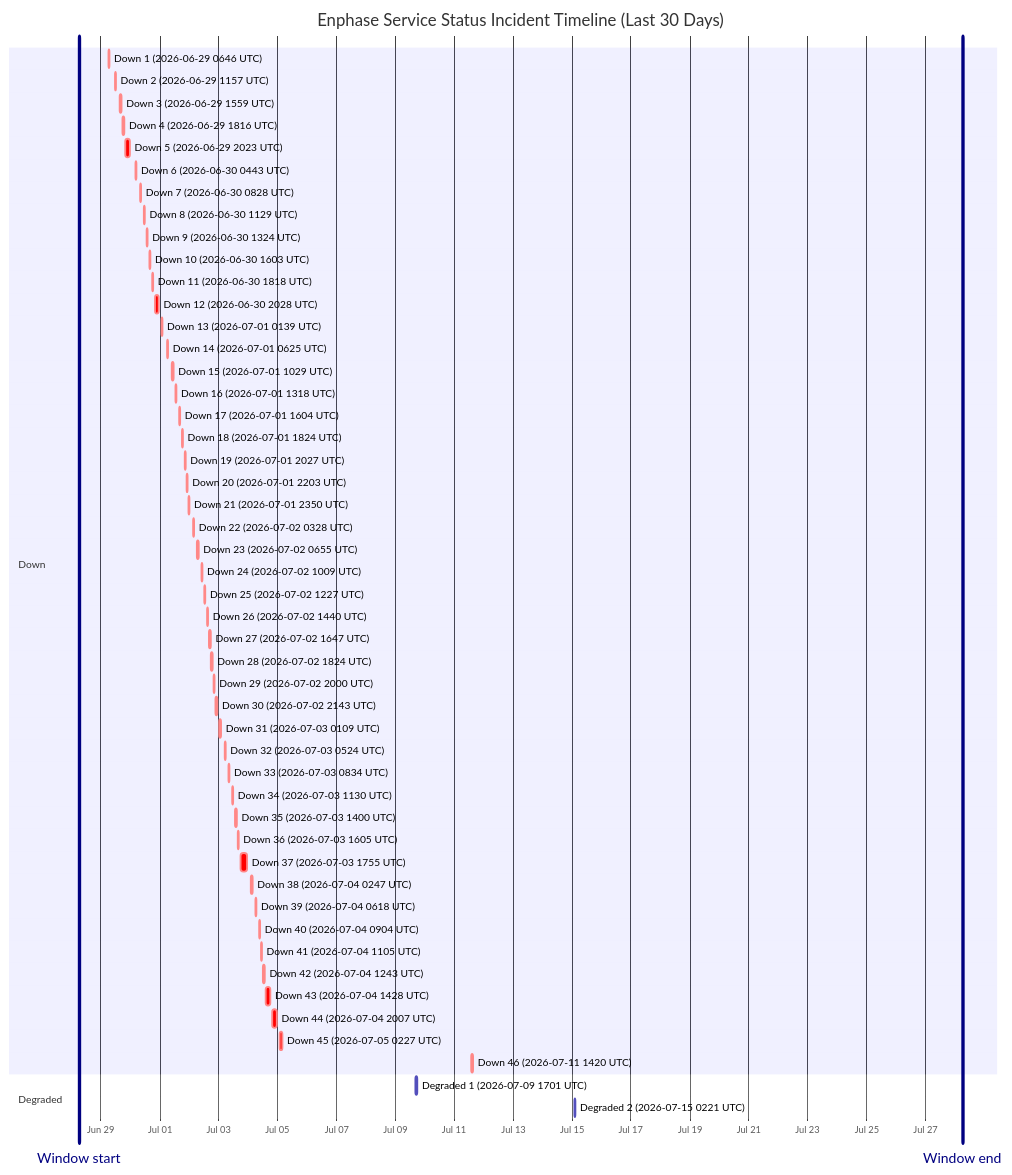
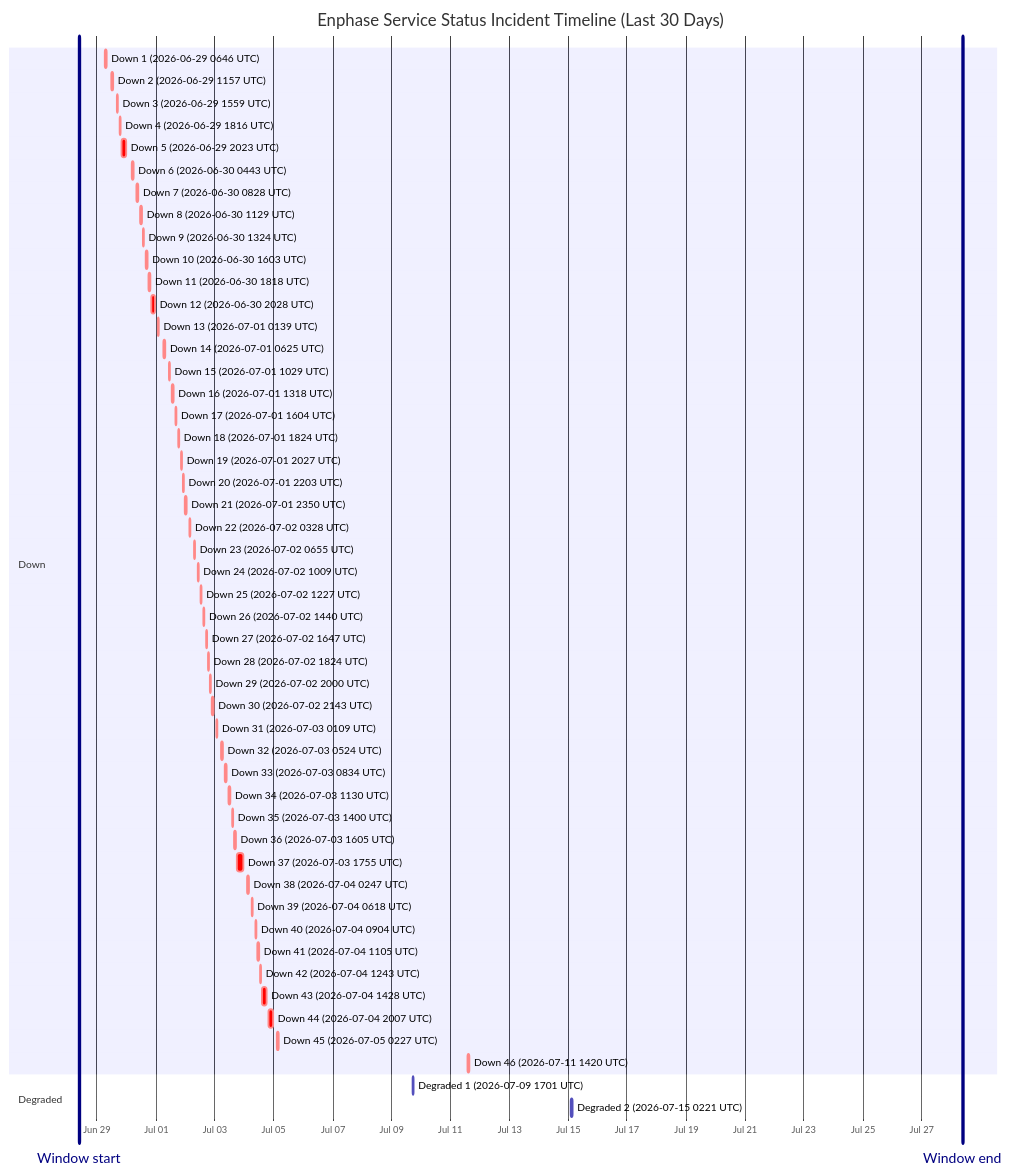
One commit to barneyonline/ha-enphase-energy changed the diagram in wiki/Service-Status-History.md. Above: the diagram before and after it, drawn with Mermaid. The commit also changed other lines of this file and 3 other files, not shown here.

````diff
--- a/wiki/Service-Status-History.md
+++ b/wiki/Service-Status-History.md
@@ -14,58 +14,58 @@
 ```mermaid
 gantt
     title Enphase Service Status Incident Timeline (Last 30 Days)
     dateFormat  YYYY-MM-DDTHH:mm:ss
     axisFormat  %b %d
-    Window start :vert, window-start, 2026-06-28T06:25:23, 0ms
-    Window end :vert, window-end, 2026-07-28T06:25:23, 0ms
+    Window start :vert, window-start, 2026-06-28T09:16:31, 0ms
+    Window end :vert, window-end, 2026-07-28T09:16:31, 0ms
     section Down
     Down 1 (2026-06-29 0646 UTC) :crit, down-1, 2026-06-29T06:46:18, 60m
     Down 2 (2026-06-29 1157 UTC) :crit, down-2, 2026-06-29T11:57:36, 60m
     Down 3 (2026-06-29 1559 UTC) :crit, down-3, 2026-06-29T15:59:02, 60m
     Down 4 (2026-06-29 1816 UTC) :crit, down-4, 2026-06-29T18:16:38, 60m
     Down 5 (2026-06-29 2023 UTC) :crit, down-5, 2026-06-29T20:23:16, 220m
     Down 6 (2026-06-30 0443 UTC) :crit, down-6, 2026-06-30T04:43:54, 60m
     Down 7 (2026-06-30 0828 UTC) :crit, down-7, 2026-06-30T08:28:43, 60m
     Down 8 (2026-06-30 1129 UTC) :crit, down-8, 2026-06-30T11:29:15, 60m
     Down 9 (2026-06-30 1324 UTC) :crit, down-9, 2026-06-30T13:24:25, 60m
     Down 10 (2026-06-30 1603 UTC) :crit, down-10, 2026-06-30T16:03:26, 60m
     Down 11 (2026-06-30 1818 UTC) :crit, down-11, 2026-06-30T18:18:39, 60m
     Down 12 (2026-06-30 2028 UTC) :crit, down-12, 2026-06-30T20:28:54, 171m
     Down 13 (2026-07-01 0139 UTC) :crit, down-13, 2026-07-01T01:39:18, 60m
     Down 14 (2026-07-01 0625 UTC) :crit, down-14, 2026-07-01T06:25:35, 60m
     Down 15 (2026-07-01 1029 UTC) :crit, down-15, 2026-07-01T10:29:24, 60m
     Down 16 (2026-07-01 1318 UTC) :crit, down-16, 2026-07-01T13:18:31, 60m
     Down 17 (2026-07-01 1604 UTC) :crit, down-17, 2026-07-01T16:04:29, 60m
     Down 18 (2026-07-01 1824 UTC) :crit, down-18, 2026-07-01T18:24:21, 60m
     Down 19 (2026-07-01 2027 UTC) :crit, down-19, 2026-07-01T20:27:17, 60m
     Down 20 (2026-07-01 2203 UTC) :crit, down-20, 2026-07-01T22:03:46, 60m
     Down 21 (2026-07-01 2350 UTC) :crit, down-21, 2026-07-01T23:50:52, 60m
     Down 22 (2026-07-02 0328 UTC) :crit, down-22, 2026-07-02T03:28:33, 60m
     Down 23 (2026-07-02 0655 UTC) :crit, down-23, 2026-07-02T06:55:07, 60m
     Down 24 (2026-07-02 1009 UTC) :crit, down-24, 2026-07-02T10:09:15, 60m
     Down 25 (2026-07-02 1227 UTC) :crit, down-25, 2026-07-02T12:27:49, 60m
     Down 26 (2026-07-02 1440 UTC) :crit, down-26, 2026-07-02T14:40:53, 60m
     Down 27 (2026-07-02 1647 UTC) :crit, down-27, 2026-07-02T16:47:47, 60m
     Down 28 (2026-07-02 1824 UTC) :crit, down-28, 2026-07-02T18:24:26, 60m
     Down 29 (2026-07-02 2000 UTC) :crit, down-29, 2026-07-02T20:00:57, 60m
     Down 30 (2026-07-02 2143 UTC) :crit, down-30, 2026-07-02T21:43:52, 80m
     Down 31 (2026-07-03 0109 UTC) :crit, down-31, 2026-07-03T01:09:19, 60m
     Down 32 (2026-07-03 0524 UTC) :crit, down-32, 2026-07-03T05:24:23, 60m
     Down 33 (2026-07-03 0834 UTC) :crit, down-33, 2026-07-03T08:34:05, 60m
     Down 34 (2026-07-03 1130 UTC) :crit, down-34, 2026-07-03T11:30:41, 60m
     Down 35 (2026-07-03 1400 UTC) :crit, down-35, 2026-07-03T14:00:48, 60m
     Down 36 (2026-07-03 1605 UTC) :crit, down-36, 2026-07-03T16:05:49, 60m
     Down 37 (2026-07-03 1755 UTC) :crit, down-37, 2026-07-03T17:55:54, 338m
     Down 38 (2026-07-04 0247 UTC) :crit, down-38, 2026-07-04T02:47:22, 60m
     Down 39 (2026-07-04 0618 UTC) :crit, down-39, 2026-07-04T06:18:09, 60m
     Down 40 (2026-07-04 0904 UTC) :crit, down-40, 2026-07-04T09:04:41, 60m
     Down 41 (2026-07-04 1105 UTC) :crit, down-41, 2026-07-04T11:05:21, 60m
     Down 42 (2026-07-04 1243 UTC) :crit, down-42, 2026-07-04T12:43:25, 60m
     Down 43 (2026-07-04 1428 UTC) :crit, down-43, 2026-07-04T14:28:07, 243m
     Down 44 (2026-07-04 2007 UTC) :crit, down-44, 2026-07-04T20:07:50, 206m
     Down 45 (2026-07-05 0227 UTC) :crit, down-45, 2026-07-05T02:27:32, 109m
     Down 46 (2026-07-11 1420 UTC) :crit, down-46, 2026-07-11T14:20:54, 69m
     section Degraded
     Degraded 1 (2026-07-09 1701 UTC) :active, degraded-1, 2026-07-09T17:01:02, 60m
     Degraded 2 (2026-07-15 0221 UTC) :active, degraded-2, 2026-07-15T02:21:35, 60m
 ```
````
